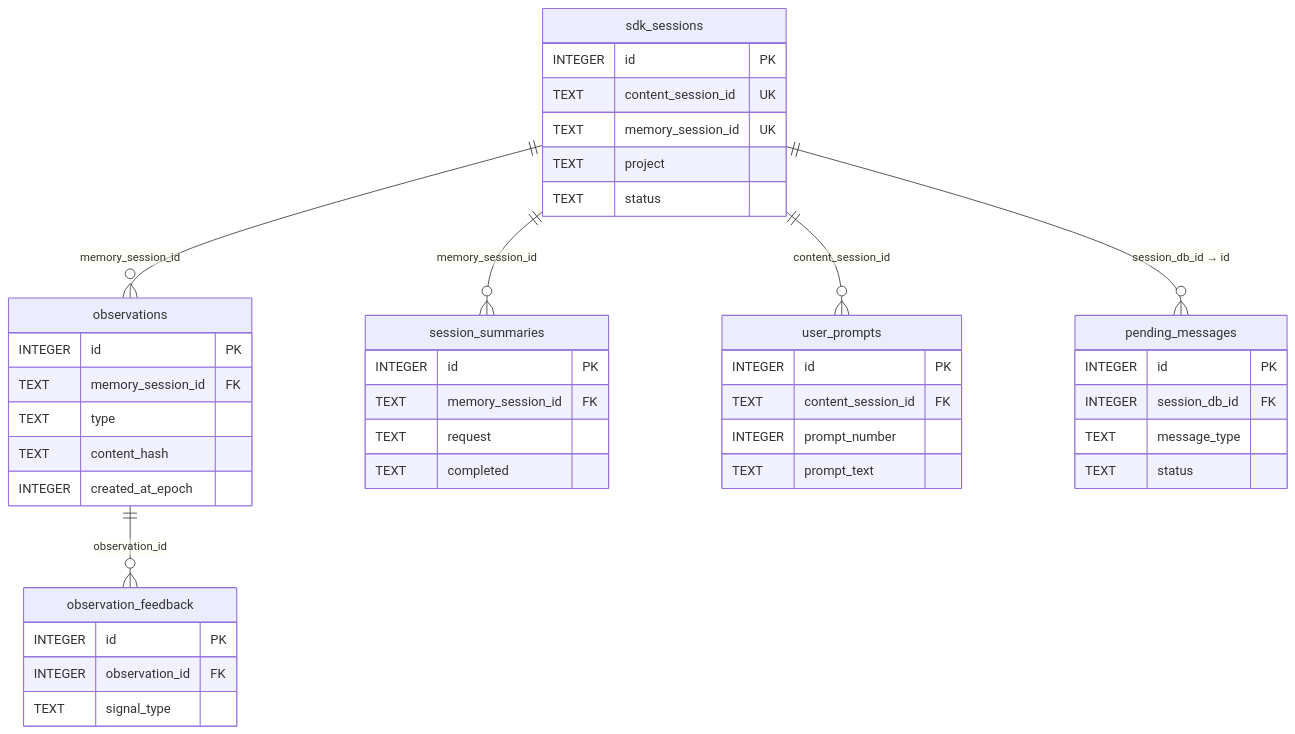
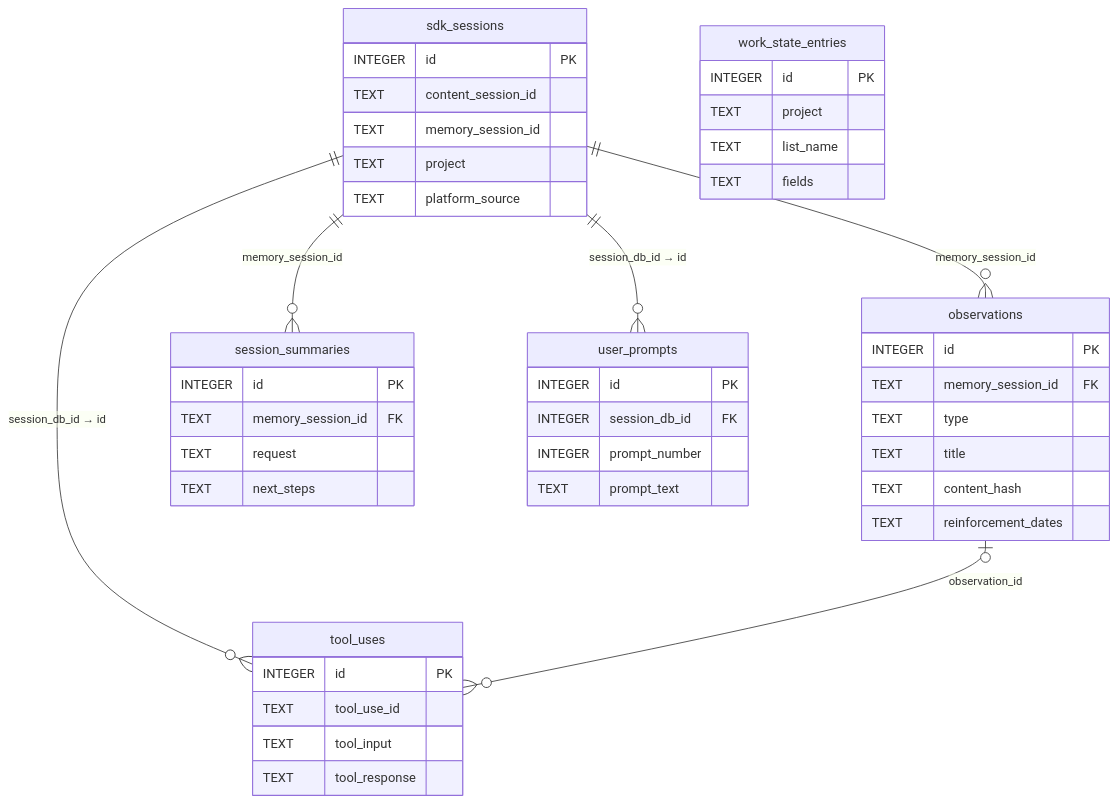
Before and after one commit to diguike/book-claude-mem: the first of 2 diagrams in 02-architecture/ch07-storage/README.md, drawn with Mermaid. The commit also changed other lines of this file and 155 other files, not shown here.

````diff
--- a/02-architecture/ch07-storage/README.md
+++ b/02-architecture/ch07-storage/README.md
@@ -107,46 +82,48 @@
 ```mermaid
 erDiagram
     sdk_sessions ||--o{ observations : "memory_session_id"
     sdk_sessions ||--o{ session_summaries : "memory_session_id"
-    sdk_sessions ||--o{ user_prompts : "content_session_id"
-    sdk_sessions ||--o{ pending_messages : "session_db_id → id"
-    observations ||--o{ observation_feedback : "observation_id"
+    sdk_sessions ||--o{ user_prompts : "session_db_id → id"
+    sdk_sessions ||--o{ tool_uses : "session_db_id → id"
+    observations |o--o{ tool_uses : "observation_id"
 
     sdk_sessions {
         INTEGER id PK
-        TEXT content_session_id UK
-        TEXT memory_session_id UK
+        TEXT content_session_id
+        TEXT memory_session_id
         TEXT project
-        TEXT status
+        TEXT platform_source
     }
     observations {
         INTEGER id PK
         TEXT memory_session_id FK
         TEXT type
+        TEXT title
         TEXT content_hash
-        INTEGER created_at_epoch
+        TEXT reinforcement_dates
     }
     session_summaries {
         INTEGER id PK
         TEXT memory_session_id FK
         TEXT request
-        TEXT completed
+        TEXT next_steps
     }
     user_prompts {
         INTEGER id PK
-        TEXT content_session_id FK
+        INTEGER session_db_id FK
         INTEGER prompt_number
         TEXT prompt_text
     }
-    pending_messages {
+    tool_uses {
         INTEGER id PK
-        INTEGER session_db_id FK
-        TEXT message_type
-        TEXT status
+        TEXT tool_use_id
+        TEXT tool_input
+        TEXT tool_response
     }
-    observation_feedback {
+    work_state_entries {
         INTEGER id PK
-        INTEGER observation_id FK
-        TEXT signal_type
+        TEXT project
+        TEXT list_name
+        TEXT fields
     }
 ```
````
